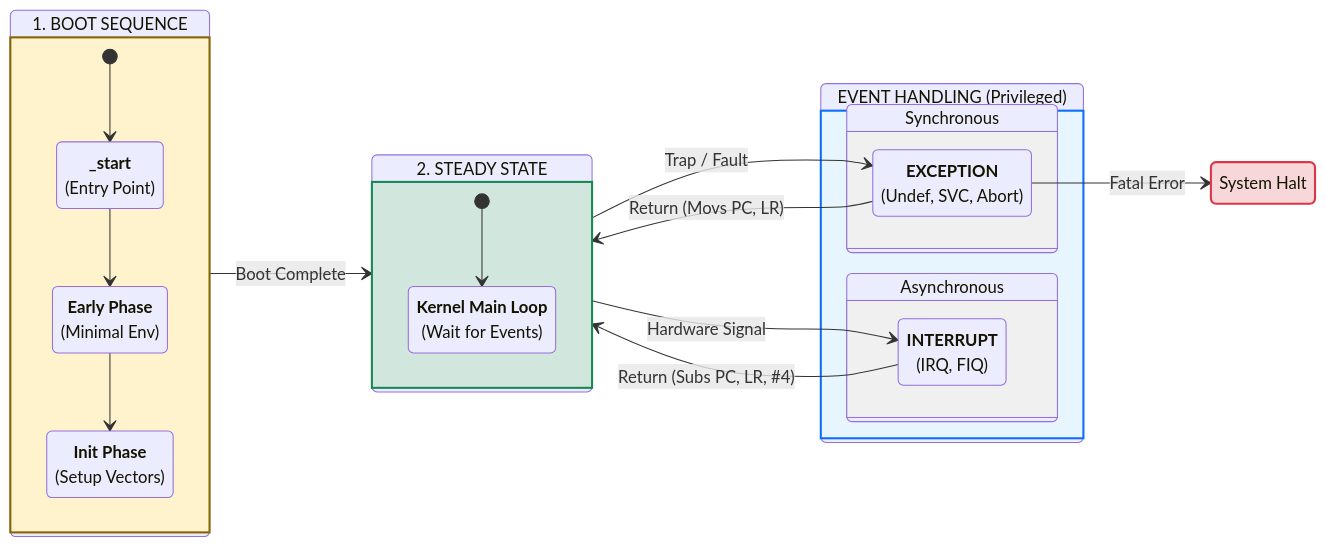
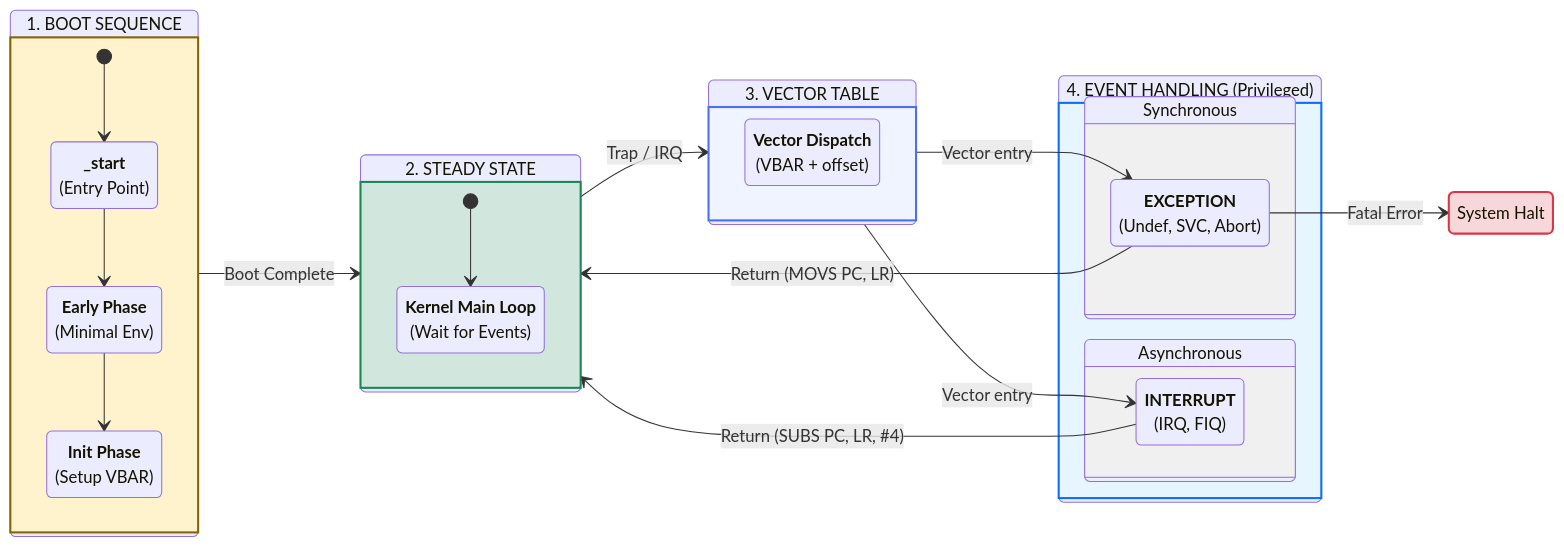
The diagram in docs/04_kernel/diagram/execution_model.mmd (Vinalinux-Org/RefARM-OS), drawn with Mermaid before and after one commit.

Commit message:
docs: update execution_model.mmd (add vector table)

```diff
--- a/docs/04_kernel/diagram/execution_model.mmd
+++ b/docs/04_kernel/diagram/execution_model.mmd
@@ -1,59 +1,62 @@
-stateDiagram-v2
-    direction LR
-
-    %% --- KHỞI TẠO (BOOT) ---
-    state "1. BOOT SEQUENCE" as Boot {
-        direction TB
-        Entry: <b>_start</b><br/>(Entry Point)
-        Early: <b>Early Phase</b><br/>(Minimal Env)
-        Init: <b>Init Phase</b><br/>(Setup Vectors)
-        
-        [*] --> Entry
-        Entry --> Early
-        Early --> Init
+stateDiagram
+  direction LR
+  classDef boot fill:#fff3cd,stroke:#856404,stroke-width:2px;
+  classDef run fill:#d1e7dd,stroke:#198754,stroke-width:2px;
+  classDef vector fill:#f0f4ff,stroke:#4c6ef5,stroke-width:2px;
+  classDef handle fill:#e7f5ff,stroke:#0d6efd,stroke-width:2px;
+  classDef fatal fill:#f8d7da,stroke:#dc3545,stroke-width:2px;
+  state Boot {
+    direction TB
+    [*] --> Entry
+    Entry --> Early
+    Early --> Init
+[*]    Entry
+    Early
+    Init
+  }
+  state SteadyState {
+    direction TB
+    [*] --> Loop
+[*]    Loop
+  }
+  state Vector {
+    direction TB
+    Dispatch
+  }
+  state Handling {
+    direction TB
+    state Sync {
+      direction TB
+      Exception
     }
-
-    Boot --> SteadyState: Boot Complete
-
-    state "2. STEADY STATE" as SteadyState {
-        direction TB
-        Loop: <b>Kernel Main Loop</b><br/>(Wait for Events)
-        
-        [*] --> Loop
+    state Async {
+      direction TB
+      Interrupt
     }
-
-    %% --- SỰ KIỆN (EVENTS) ---
-    state "EVENT HANDLING (Privileged)" as Handling {
-        direction TB
-        
-        state "Synchronous" as Sync {
-            Exception: <b>EXCEPTION</b><br/>(Undef, SVC, Abort)
-
-        }
-
-        state "Asynchronous" as Async {
-            Interrupt: <b>INTERRUPT</b><br/>(IRQ, FIQ)
-
-        }
-    }
-
-    %% --- LUỒNG CHUYỂN ĐỔI ---
-    SteadyState --> Exception: Trap / Fault
-    SteadyState --> Interrupt: Hardware Signal
-
-    Exception --> SteadyState: Return (Movs PC, LR)
-    Interrupt --> SteadyState: Return (Subs PC, LR, #4)
-
-    state "System Halt" as Halt
-    Exception --> Halt: Fatal Error
-
-    %% --- STYLE ---
-    classDef boot fill:#fff3cd,stroke:#856404,stroke-width:2px;
-    classDef run fill:#d1e7dd,stroke:#198754,stroke-width:2px;
-    classDef handle fill:#e7f5ff,stroke:#0d6efd,stroke-width:2px;
-    classDef fatal fill:#f8d7da,stroke:#dc3545,stroke-width:2px;
-
-    class Boot boot
-    class SteadyState run
-    class Handling handle
-    class Halt fatal
+  }
+  Boot --> SteadyState:Boot Complete
+  SteadyState --> Vector:Trap / IRQ
+  Vector --> Exception:Vector entry
+  Vector --> Interrupt:Vector entry
+  Exception --> SteadyState:Return (MOVS PC, LR)
+  Interrupt --> SteadyState:Return (SUBS PC, LR, #4)
+  Exception --> Halt:Fatal Error
+  Boot:1. BOOT SEQUENCE
+  Entry:<b>_start</b><br>(Entry Point)
+  Early:<b>Early Phase</b><br>(Minimal Env)
+  Init:<b>Init Phase</b><br>(Setup VBAR)
+  SteadyState:2. STEADY STATE
+  Loop:<b>Kernel Main Loop</b><br>(Wait for Events)
+  Vector:3. VECTOR TABLE
+  Dispatch:<b>Vector Dispatch</b><br>(VBAR + offset)
+  Handling:4. EVENT HANDLING (Privileged)
+  Sync:Synchronous
+  Exception:<b>EXCEPTION</b><br>(Undef, SVC, Abort)
+  Async:Asynchronous
+  Interrupt:<b>INTERRUPT</b><br>(IRQ, FIQ)
+  Halt:System Halt
+  class Boot boot
+  class SteadyState run
+  class Vector vector
+  class Handling handle
+  class Halt fatal
```
